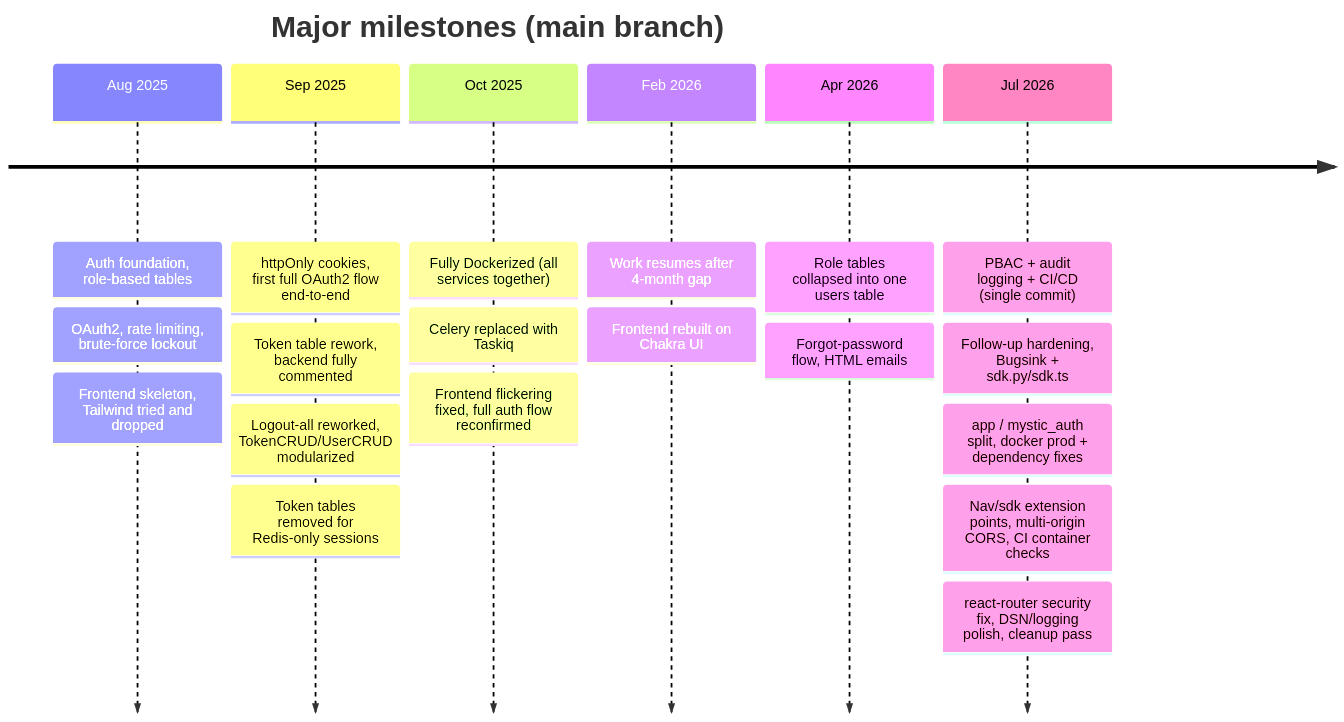
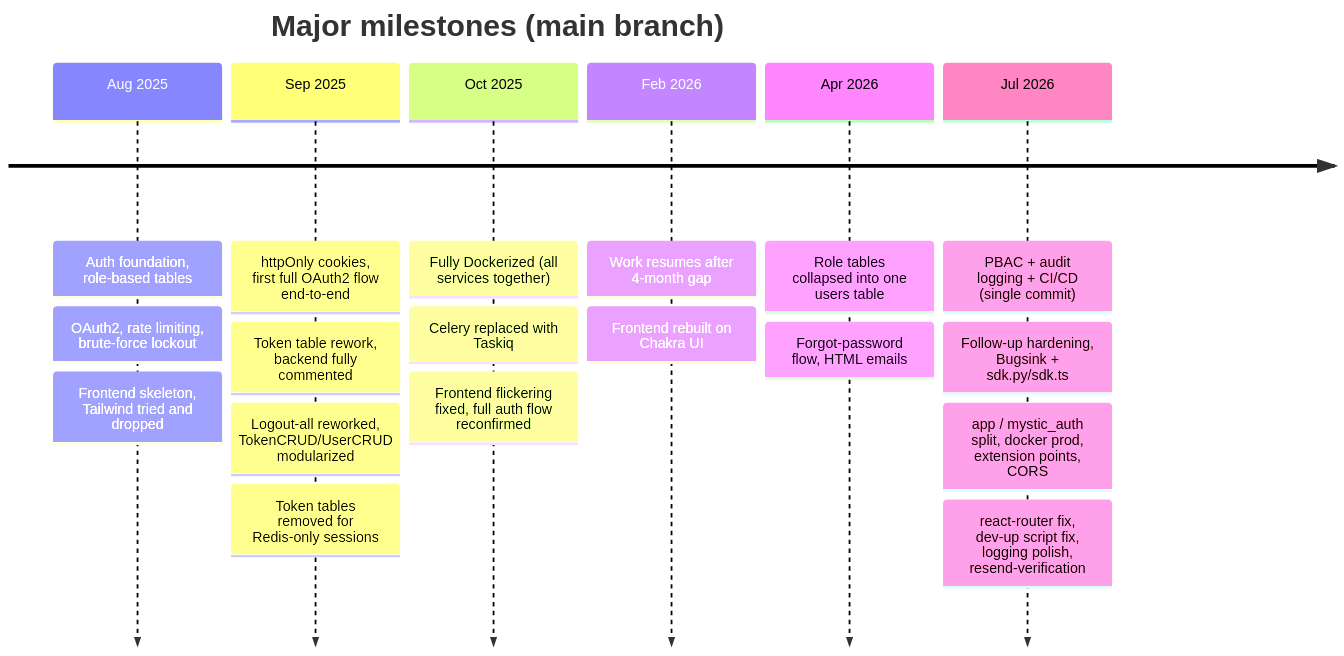
One commit to Nachiket-2024/mystic-auth changed the diagram in docs/mystic_auth/project-story/README.md. Above: the diagram before and after it, drawn with Mermaid. The commit also changed other lines of this file and 38 other files, not shown here.

Commit message:
Added and integrated resend-verification email flow with taskiq logging, fixed dev-up scripts

````diff
--- a/docs/mystic_auth/project-story/README.md
+++ b/docs/mystic_auth/project-story/README.md
@@ -37,23 +37,22 @@
 ```mermaid
 timeline
     title Major milestones (main branch)
     Aug 2025: Auth foundation, role-based tables
             : OAuth2, rate limiting, brute-force lockout
             : Frontend skeleton, Tailwind tried and dropped
     Sep 2025: httpOnly cookies, first full OAuth2 flow end-to-end
             : Token table rework, backend fully commented
             : Logout-all reworked, TokenCRUD/UserCRUD modularized
             : Token tables removed for Redis-only sessions
     Oct 2025: Fully Dockerized (all services together)
             : Celery replaced with Taskiq
             : Frontend flickering fixed, full auth flow reconfirmed
     Feb 2026: Work resumes after 4-month gap
             : Frontend rebuilt on Chakra UI
     Apr 2026: Role tables collapsed into one users table
             : Forgot-password flow, HTML emails
     Jul 2026: PBAC + audit logging + CI/CD (single commit)
             : Follow-up hardening, Bugsink + sdk.py/sdk.ts
-            : app / mystic_auth split, docker prod + dependency fixes
-            : Nav/sdk extension points, multi-origin CORS, CI container checks
-            : react-router security fix, DSN/logging polish, cleanup pass
+            : app / mystic_auth split, docker prod, extension points, CORS
+            : react-router fix, dev-up script fix, logging polish, resend-verification
 ```
````
